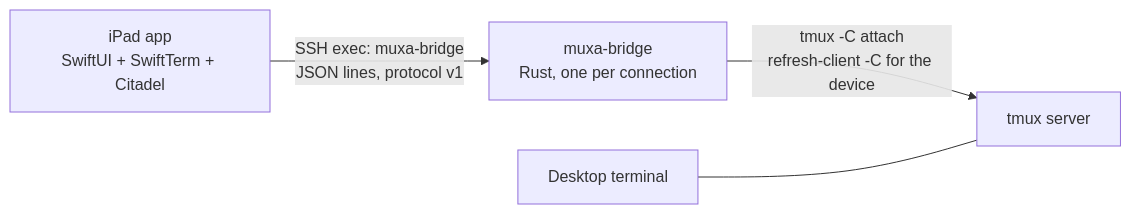
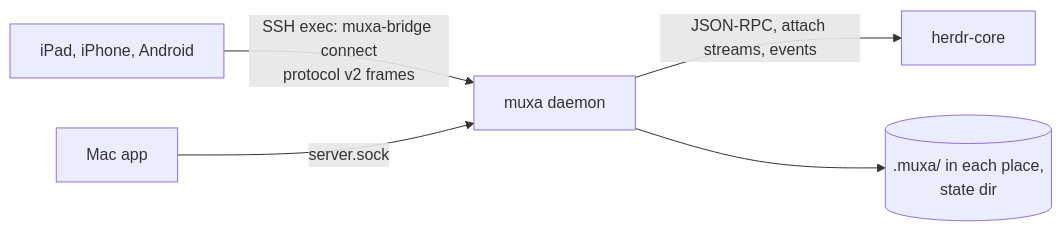
Before and after one commit to xdgetech/muxa: the diagram in docs/plan.md, drawn with Mermaid. The commit also changed other lines of this file and 85 other files, not shown here.

First line of the commit message:
docs: describe muxa on herdr-core only and drop the tmux harness (F5)

````diff
--- a/docs/plan.md
+++ b/docs/plan.md
@@ -155,6 +139,7 @@
 ```mermaid
 flowchart LR
-  iPad[iPad app<br/>SwiftUI + SwiftTerm + Citadel] -- "SSH exec: muxa-bridge<br/>JSON lines, protocol v1" --> B[muxa-bridge<br/>Rust, one per connection]
-  B -- "tmux -C attach<br/>refresh-client -C for the device" --> T[tmux server]
-  Mac[Desktop terminal] --- T
+  apps[iPad, iPhone, Android] -- "SSH exec: muxa-bridge connect<br/>protocol v2 frames" --> D[muxa daemon]
+  mac[Mac app] -- "server.sock" --> D
+  D -- "JSON-RPC, attach streams, events" --> H[herdr-core]
+  D --> F[(.muxa/ in each place,<br/>state dir)]
 ```
````
